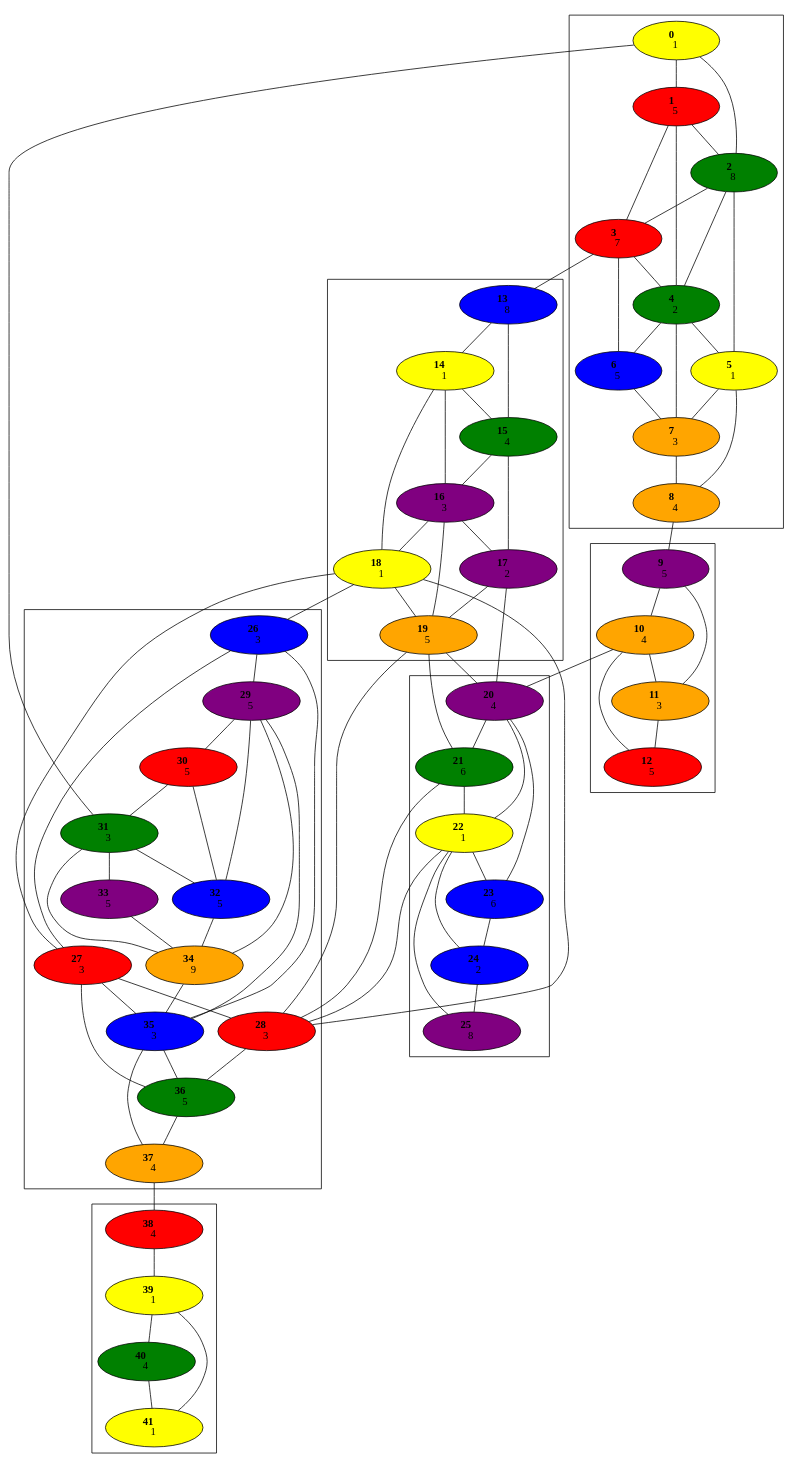
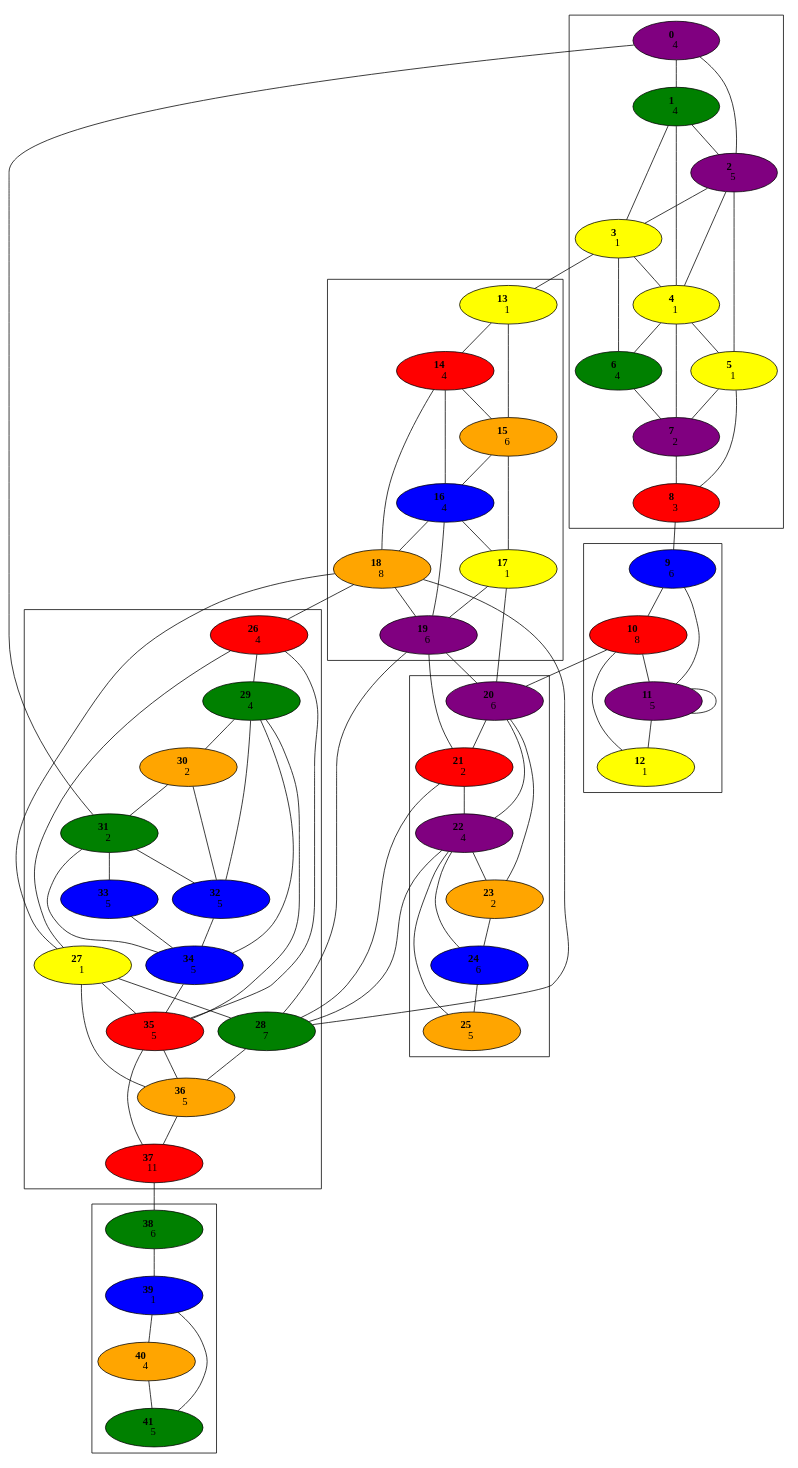
The diagram in Graph.gv (jsf2408/Risk), drawn with Graphviz before and after one commit. The commit also changed 1 other file, not shown here.

```diff
--- a/Graph.gv
+++ b/Graph.gv
@@ -78,6 +78,7 @@
 	10 -- 11
 	10 -- 12
 	10 -- 20
+	11 -- 11
 	11 -- 12
 	13 -- 14
 	13 -- 15
@@ -136,88 +137,88 @@
 	39 -- 40
 	39 -- 41
 	40 -- 41
-	0 [fillcolor=yellow style=filled]
-	1 [fillcolor=red style=filled]
-	2 [fillcolor=green style=filled]
-	3 [fillcolor=red style=filled]
-	4 [fillcolor=green style=filled]
+	0 [fillcolor=purple style=filled]
+	1 [fillcolor=green style=filled]
+	2 [fillcolor=purple style=filled]
+	3 [fillcolor=yellow style=filled]
+	4 [fillcolor=yellow style=filled]
 	5 [fillcolor=yellow style=filled]
-	6 [fillcolor=blue style=filled]
-	7 [fillcolor=orange style=filled]
-	8 [fillcolor=orange style=filled]
-	9 [fillcolor=purple style=filled]
-	10 [fillcolor=orange style=filled]
-	11 [fillcolor=orange style=filled]
-	12 [fillcolor=red style=filled]
-	13 [fillcolor=blue style=filled]
-	14 [fillcolor=yellow style=filled]
-	15 [fillcolor=green style=filled]
-	16 [fillcolor=purple style=filled]
-	17 [fillcolor=purple style=filled]
-	18 [fillcolor=yellow style=filled]
-	19 [fillcolor=orange style=filled]
+	6 [fillcolor=green style=filled]
+	7 [fillcolor=purple style=filled]
+	8 [fillcolor=red style=filled]
+	9 [fillcolor=blue style=filled]
+	10 [fillcolor=red style=filled]
+	11 [fillcolor=purple style=filled]
+	12 [fillcolor=yellow style=filled]
+	13 [fillcolor=yellow style=filled]
+	14 [fillcolor=red style=filled]
+	15 [fillcolor=orange style=filled]
+	16 [fillcolor=blue style=filled]
+	17 [fillcolor=yellow style=filled]
+	18 [fillcolor=orange style=filled]
+	19 [fillcolor=purple style=filled]
 	20 [fillcolor=purple style=filled]
-	21 [fillcolor=green style=filled]
-	22 [fillcolor=yellow style=filled]
-	23 [fillcolor=blue style=filled]
+	21 [fillcolor=red style=filled]
+	22 [fillcolor=purple style=filled]
+	23 [fillcolor=orange style=filled]
 	24 [fillcolor=blue style=filled]
-	25 [fillcolor=purple style=filled]
-	26 [fillcolor=blue style=filled]
-	27 [fillcolor=red style=filled]
-	28 [fillcolor=red style=filled]
-	29 [fillcolor=purple style=filled]
-	30 [fillcolor=red style=filled]
+	25 [fillcolor=orange style=filled]
+	26 [fillcolor=red style=filled]
+	27 [fillcolor=yellow style=filled]
+	28 [fillcolor=green style=filled]
+	29 [fillcolor=green style=filled]
+	30 [fillcolor=orange style=filled]
 	31 [fillcolor=green style=filled]
 	32 [fillcolor=blue style=filled]
-	33 [fillcolor=purple style=filled]
-	34 [fillcolor=orange style=filled]
-	35 [fillcolor=blue style=filled]
-	36 [fillcolor=green style=filled]
-	37 [fillcolor=orange style=filled]
-	38 [fillcolor=red style=filled]
-	39 [fillcolor=yellow style=filled]
-	40 [fillcolor=green style=filled]
-	41 [fillcolor=yellow style=filled]
-	0 [label=< <b>      0    </b> <br/>1>]
-	1 [label=< <b>      1    </b> <br/>5>]
-	2 [label=< <b>      2    </b> <br/>8>]
-	3 [label=< <b>      3    </b> <br/>7>]
-	4 [label=< <b>      4    </b> <br/>2>]
+	33 [fillcolor=blue style=filled]
+	34 [fillcolor=blue style=filled]
+	35 [fillcolor=red style=filled]
+	36 [fillcolor=orange style=filled]
+	37 [fillcolor=red style=filled]
+	38 [fillcolor=green style=filled]
+	39 [fillcolor=blue style=filled]
+	40 [fillcolor=orange style=filled]
+	41 [fillcolor=green style=filled]
+	0 [label=< <b>      0    </b> <br/>4>]
+	1 [label=< <b>      1    </b> <br/>4>]
+	2 [label=< <b>      2    </b> <br/>5>]
+	3 [label=< <b>      3    </b> <br/>1>]
+	4 [label=< <b>      4    </b> <br/>1>]
 	5 [label=< <b>      5    </b> <br/>1>]
-	6 [label=< <b>      6    </b> <br/>5>]
-	7 [label=< <b>      7    </b> <br/>3>]
-	8 [label=< <b>      8    </b> <br/>4>]
-	9 [label=< <b>      9    </b> <br/>5>]
-	10 [label=< <b>      10    </b> <br/>4>]
-	11 [label=< <b>      11    </b> <br/>3>]
-	12 [label=< <b>      12    </b> <br/>5>]
-	13 [label=< <b>      13    </b> <br/>8>]
-	14 [label=< <b>      14    </b> <br/>1>]
-	15 [label=< <b>      15    </b> <br/>4>]
-	16 [label=< <b>      16    </b> <br/>3>]
-	17 [label=< <b>      17    </b> <br/>2>]
-	18 [label=< <b>      18    </b> <br/>1>]
-	19 [label=< <b>      19    </b> <br/>5>]
-	20 [label=< <b>      20    </b> <br/>4>]
-	21 [label=< <b>      21    </b> <br/>6>]
-	22 [label=< <b>      22    </b> <br/>1>]
-	23 [label=< <b>      23    </b> <br/>6>]
-	24 [label=< <b>      24    </b> <br/>2>]
-	25 [label=< <b>      25    </b> <br/>8>]
-	26 [label=< <b>      26    </b> <br/>3>]
-	27 [label=< <b>      27    </b> <br/>3>]
-	28 [label=< <b>      28    </b> <br/>3>]
-	29 [label=< <b>      29    </b> <br/>5>]
-	30 [label=< <b>      30    </b> <br/>5>]
-	31 [label=< <b>      31    </b> <br/>3>]
+	6 [label=< <b>      6    </b> <br/>4>]
+	7 [label=< <b>      7    </b> <br/>2>]
+	8 [label=< <b>      8    </b> <br/>3>]
+	9 [label=< <b>      9    </b> <br/>6>]
+	10 [label=< <b>      10    </b> <br/>8>]
+	11 [label=< <b>      11    </b> <br/>5>]
+	12 [label=< <b>      12    </b> <br/>1>]
+	13 [label=< <b>      13    </b> <br/>1>]
+	14 [label=< <b>      14    </b> <br/>4>]
+	15 [label=< <b>      15    </b> <br/>6>]
+	16 [label=< <b>      16    </b> <br/>4>]
+	17 [label=< <b>      17    </b> <br/>1>]
+	18 [label=< <b>      18    </b> <br/>8>]
+	19 [label=< <b>      19    </b> <br/>6>]
+	20 [label=< <b>      20    </b> <br/>6>]
+	21 [label=< <b>      21    </b> <br/>2>]
+	22 [label=< <b>      22    </b> <br/>4>]
+	23 [label=< <b>      23    </b> <br/>2>]
+	24 [label=< <b>      24    </b> <br/>6>]
+	25 [label=< <b>      25    </b> <br/>5>]
+	26 [label=< <b>      26    </b> <br/>4>]
+	27 [label=< <b>      27    </b> <br/>1>]
+	28 [label=< <b>      28    </b> <br/>7>]
+	29 [label=< <b>      29    </b> <br/>4>]
+	30 [label=< <b>      30    </b> <br/>2>]
+	31 [label=< <b>      31    </b> <br/>2>]
 	32 [label=< <b>      32    </b> <br/>5>]
 	33 [label=< <b>      33    </b> <br/>5>]
-	34 [label=< <b>      34    </b> <br/>9>]
-	35 [label=< <b>      35    </b> <br/>3>]
+	34 [label=< <b>      34    </b> <br/>5>]
+	35 [label=< <b>      35    </b> <br/>5>]
 	36 [label=< <b>      36    </b> <br/>5>]
-	37 [label=< <b>      37    </b> <br/>4>]
-	38 [label=< <b>      38    </b> <br/>4>]
+	37 [label=< <b>      37    </b> <br/>11>]
+	38 [label=< <b>      38    </b> <br/>6>]
 	39 [label=< <b>      39    </b> <br/>1>]
 	40 [label=< <b>      40    </b> <br/>4>]
-	41 [label=< <b>      41    </b> <br/>1>]
+	41 [label=< <b>      41    </b> <br/>5>]
 }
```
